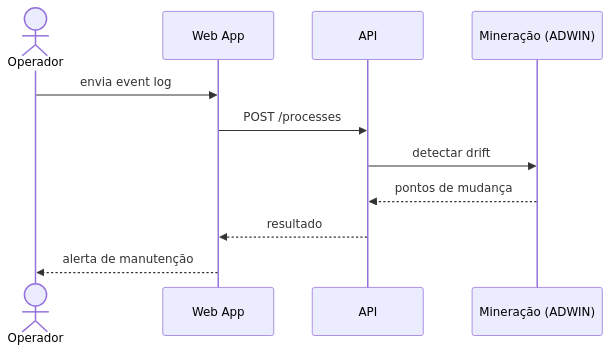
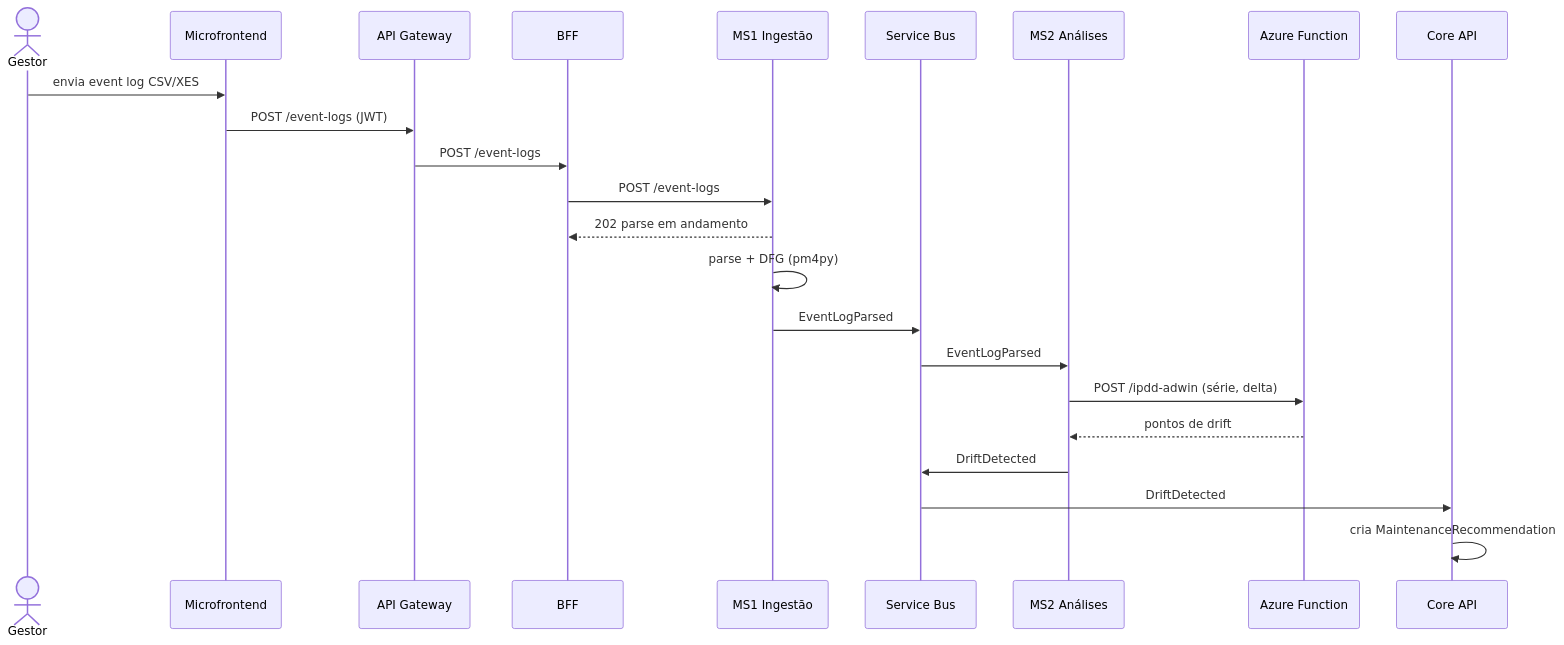
One commit to aland3r/deviante-docs changed the sixth of 10 diagrams in architecture/arc42.md. Above: the diagram before and after it, drawn with Mermaid. The commit also changed other lines of this file and 4 other files, not shown here.

First line of the commit message:
write full arc42 for the cloud target architecture

````diff
--- a/architecture/arc42.md
+++ b/architecture/arc42.md
@@ -134,13 +426,25 @@
 ```mermaid
 sequenceDiagram
-    actor U as Operador
-    participant W as Web App
-    participant A as API
-    participant M as Mineração (ADWIN)
-    U->>W: envia event log
-    W->>A: POST /processes
-    A->>M: detectar drift
-    M-->>A: pontos de mudança
-    A-->>W: resultado
-    W-->>U: alerta de manutenção
+    actor G as Gestor
+    participant W as Microfrontend
+    participant GW as API Gateway
+    participant B as BFF
+    participant M1 as MS1 Ingestão
+    participant Q as Service Bus
+    participant M2 as MS2 Análises
+    participant F as Azure Function
+    participant C as Core API
+    G->>W: envia event log CSV/XES
+    W->>GW: POST /event-logs (JWT)
+    GW->>B: POST /event-logs
+    B->>M1: POST /event-logs
+    M1-->>B: 202 parse em andamento
+    M1->>M1: parse + DFG (pm4py)
+    M1->>Q: EventLogParsed
+    Q->>M2: EventLogParsed
+    M2->>F: POST /ipdd-adwin (série, delta)
+    F-->>M2: pontos de drift
+    M2->>Q: DriftDetected
+    Q->>C: DriftDetected
+    C->>C: cria MaintenanceRecommendation
 ```
````
